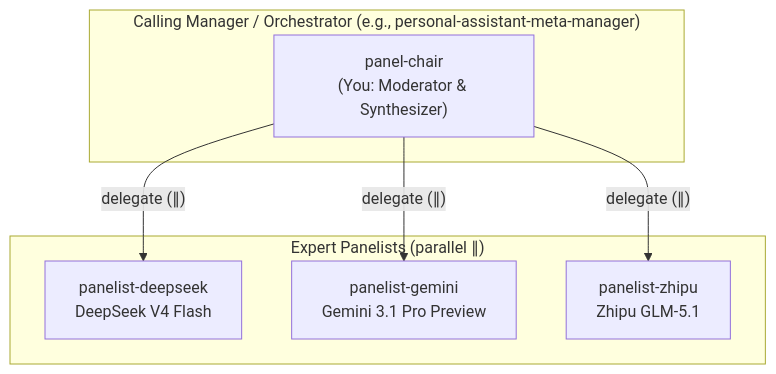
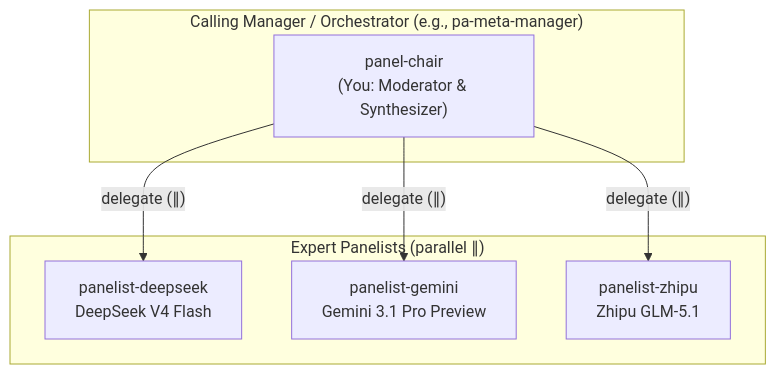
One commit to T-1009/personal-assistant changed the first of 2 diagrams in .opencode/agents/panel-chair.md. Above: the diagram before and after it, drawn with Mermaid. The commit also changed other lines of this file and 27 other files, not shown here.

First line of the commit message:
refactor: shorten agent names from personal-assistant- to pa- prefix

````diff
--- a/.opencode/agents/panel-chair.md
+++ b/.opencode/agents/panel-chair.md
@@ -25,14 +25,14 @@
 ```mermaid
 flowchart TD
-    subgraph TOP["Calling Manager / Orchestrator (e.g., personal-assistant-meta-manager)"]
+    subgraph TOP["Calling Manager / Orchestrator (e.g., pa-meta-manager)"]
         YOU["panel-chair<br/>(You: Moderator & Synthesizer)"]
     end
     subgraph PANELISTS["Expert Panelists (parallel ∥)"]
         DS["panelist-deepseek<br/>DeepSeek V4 Flash"]
         GM["panelist-gemini<br/>Gemini 3.1 Pro Preview"]
         ZP["panelist-zhipu<br/>Zhipu GLM-5.1"]
     end
     YOU -->|"delegate (∥)"| DS
     YOU -->|"delegate (∥)"| GM
     YOU -->|"delegate (∥)"| ZP
 ```
````
